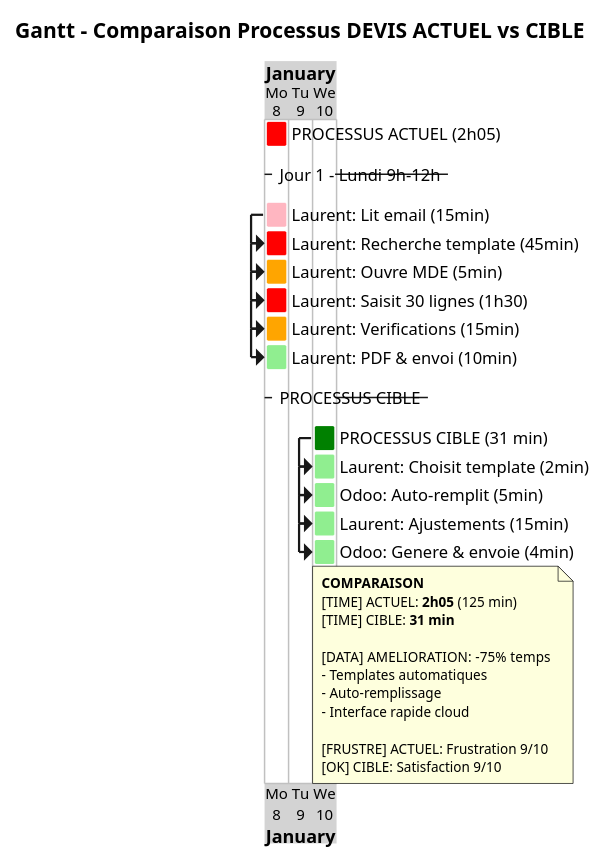
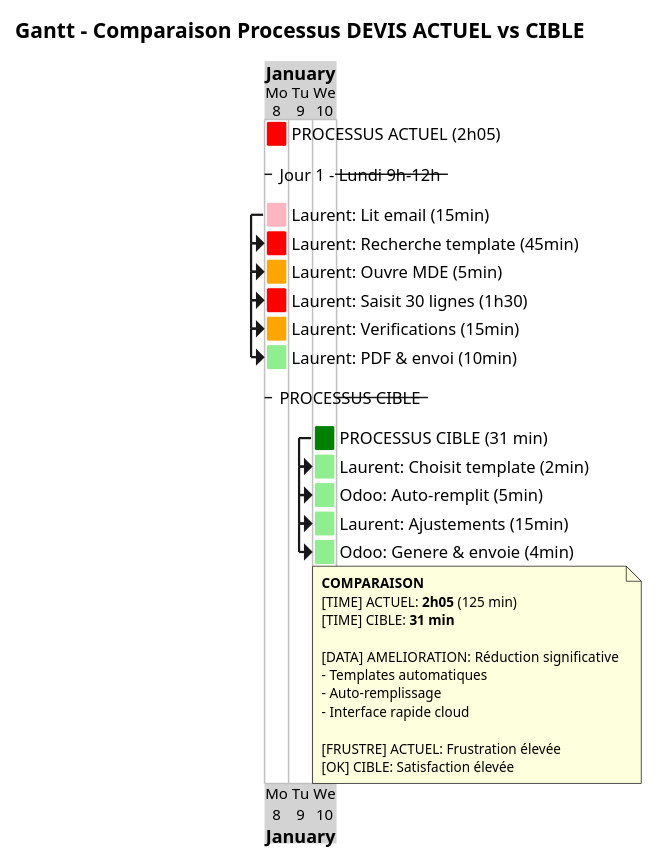
Before and after one commit to JordanSerafini/Audit_Duret: the diagram in Services/Direction-Affaires/uml/png/11_gantt_comparaison.puml, drawn with PlantUML. The commit also changed 7 other files, not shown here.

```diff
--- a/Services/Direction-Affaires/uml/png/11_gantt_comparaison.puml
+++ b/Services/Direction-Affaires/uml/png/11_gantt_comparaison.puml
@@ -1,49 +1,49 @@
 @startgantt Gantt_Comparaison_Actuel_Cible
 
 title Gantt - Comparaison Processus DEVIS ACTUEL vs CIBLE
 
 printscale daily
 
 <style>
 ganttDiagram {
   timeline {
     BackgroundColor lightgray
   }
 }
 </style>
 
 Project starts 2024-01-08
 
 [PROCESSUS ACTUEL (2h05)] as [ACTUEL] lasts 1 day and is colored in Red
 
 -- Jour 1 - Lundi 9h-12h --
 [Laurent: Lit email (15min)] as [A1] lasts 1 day and is colored in LightPink
 [Laurent: Recherche template (45min)] as [A2] lasts 1 day and starts at [A1]'s start and is colored in Red
 [Laurent: Ouvre MDE (5min)] as [A3] lasts 1 day and starts at [A2]'s start and is colored in Orange
 [Laurent: Saisit 30 lignes (1h30)] as [A4] lasts 1 day and starts at [A3]'s start and is colored in Red
 [Laurent: Verifications (15min)] as [A5] lasts 1 day and starts at [A4]'s start and is colored in Orange
 [Laurent: PDF & envoi (10min)] as [A6] lasts 1 day and starts at [A5]'s start and is colored in LightGreen
 
 -- PROCESSUS CIBLE --
 [PROCESSUS CIBLE (31 min)] as [CIBLE] lasts 1 day and starts at 2024-01-10 and is colored in Green
 
 [Laurent: Choisit template (2min)] as [C1] lasts 1 day and starts at [CIBLE]'s start and is colored in LightGreen
 [Odoo: Auto-remplit (5min)] as [C2] lasts 1 day and starts at [C1]'s start and is colored in LightGreen
 [Laurent: Ajustements (15min)] as [C3] lasts 1 day and starts at [C2]'s start and is colored in LightGreen
 [Odoo: Genere & envoie (4min)] as [C4] lasts 1 day and starts at [C3]'s start and is colored in LightGreen
 
 note bottom
   **COMPARAISON**
   [TIME] ACTUEL: **2h05** (125 min)
   [TIME] CIBLE: **31 min**
 
-  [DATA] AMELIORATION: -75% temps
+  [DATA] AMELIORATION: Réduction significative
   - Templates automatiques
   - Auto-remplissage
   - Interface rapide cloud
 
-  [FRUSTRE] ACTUEL: Frustration 9/10
-  [OK] CIBLE: Satisfaction 9/10
+  [FRUSTRE] ACTUEL: Frustration élevée
+  [OK] CIBLE: Satisfaction élevée
 end note
 
 @endgantt
```
